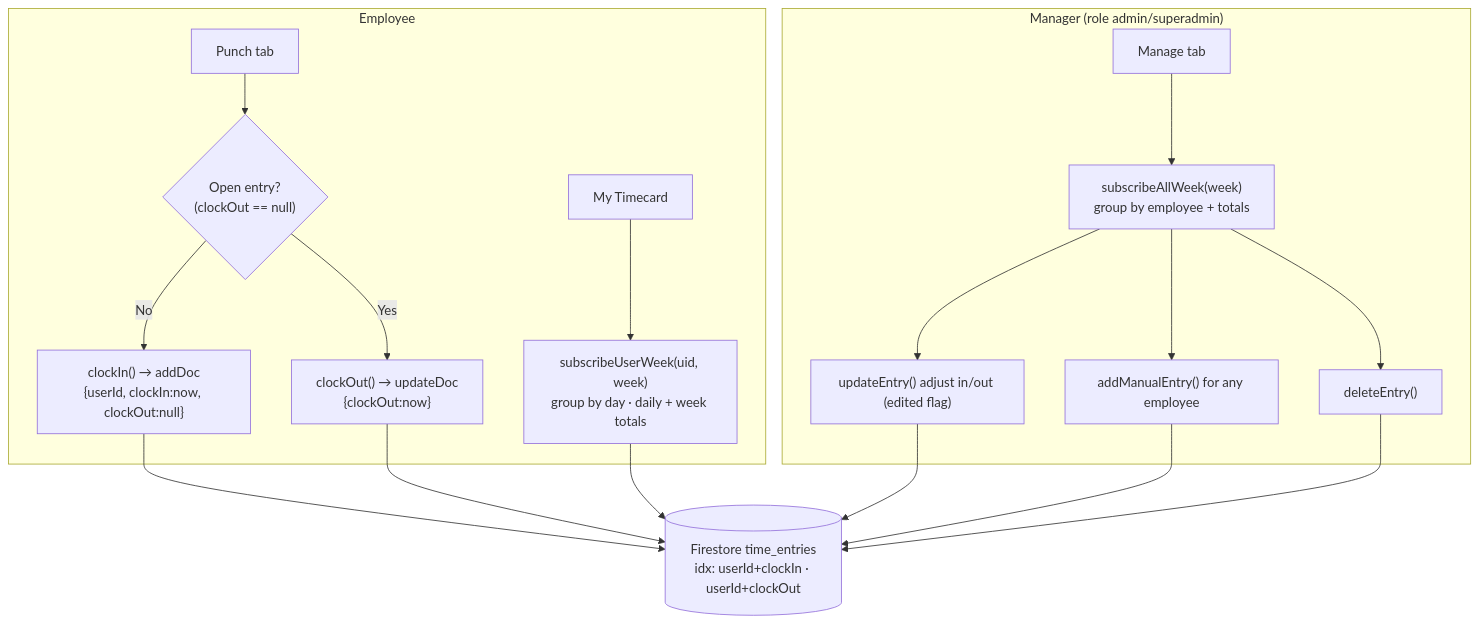
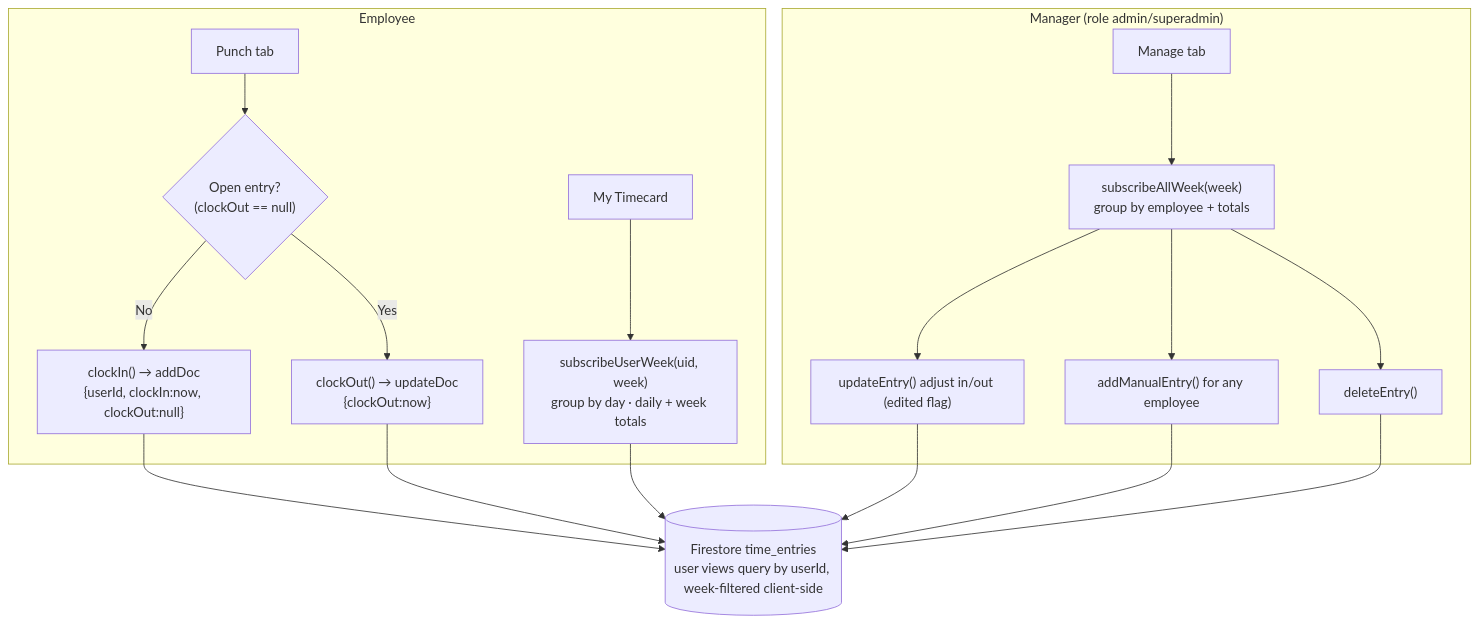
Before and after one commit to Havs5/Amble-AI: diagram 12 of 13 in docs/ARCHITECTURE.md, drawn with Mermaid. The commit also changed other lines of this file and 2 other files, not shown here.

Commit message:
fix: time clock employee views query by userId only (no composite-index dependency)
subscribeOpenEntry / subscribeUserWeek used userId + clockOut/clockIn range
filters that require composite indexes; while those indexes were still building
after deploy, the queries errored and returned empty — so an employee's own
punches did not show on the Punch/My Timecard tabs (though they recorded fine
and appeared in the admin Manage view). Now both query by userId equality only
and filter week/open-state client-side, so they populate instantly.

````diff
--- a/docs/ARCHITECTURE.md
+++ b/docs/ARCHITECTURE.md
@@ -452,16 +452,16 @@
 ```mermaid
 flowchart TD
     subgraph Employee
         P["Punch tab"] --> Q{"Open entry?<br/>(clockOut == null)"}
         Q -->|No| CI["clockIn() → addDoc<br/>{userId, clockIn:now, clockOut:null}"]
         Q -->|Yes| CO["clockOut() → updateDoc<br/>{clockOut:now}"]
         TC2["My Timecard"] --> WK["subscribeUserWeek(uid, week)<br/>group by day · daily + week totals"]
     end
     subgraph Manager["Manager (role admin/superadmin)"]
         MG["Manage tab"] --> AW["subscribeAllWeek(week)<br/>group by employee + totals"]
         AW --> ED["updateEntry() adjust in/out (edited flag)"]
         AW --> AD["addManualEntry() for any employee"]
         AW --> DL["deleteEntry()"]
     end
-    CI & CO & WK & ED & AD & DL --> FS[("Firestore time_entries<br/>idx: userId+clockIn · userId+clockOut")]
+    CI & CO & WK & ED & AD & DL --> FS[("Firestore time_entries<br/>user views query by userId, week-filtered client-side")]
 ```
````
